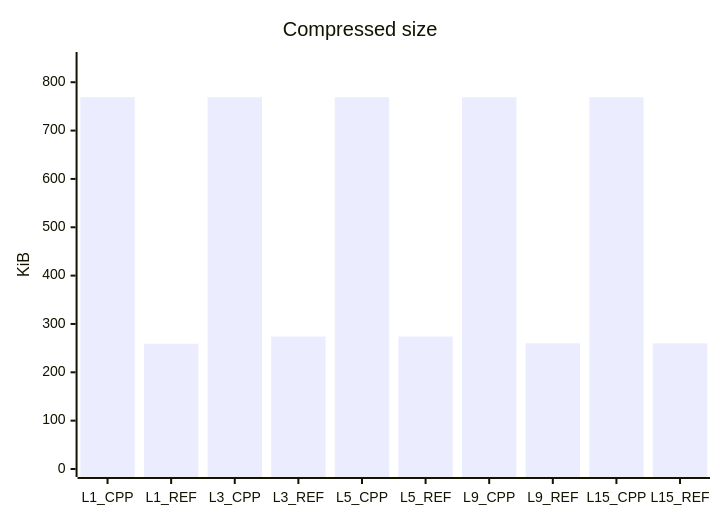
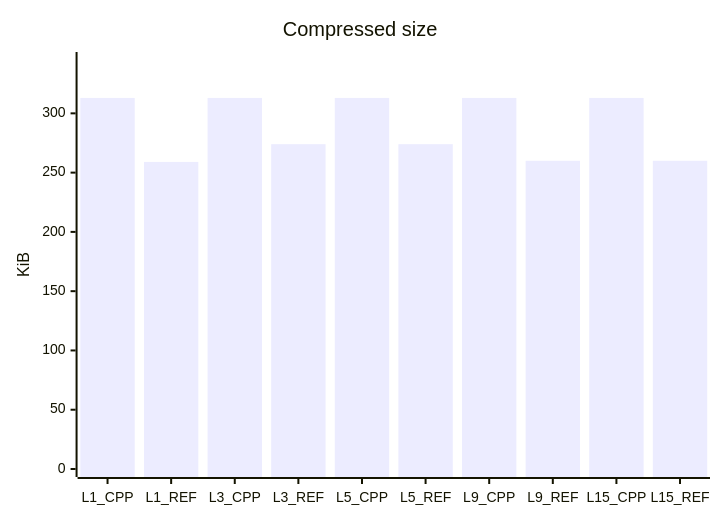
Before and after one commit to mheyman/zstdpp: the first of 7 diagrams in README.md, drawn with Mermaid. The commit also changed other lines of this file, not shown here.

````diff
--- a/README.md
+++ b/README.md
@@ -117,7 +126,7 @@
 ```mermaid
 xychart-beta
     title "Compressed size"
     x-axis [L1_CPP, L1_REF, L3_CPP, L3_REF, L5_CPP, L5_REF, L9_CPP, L9_REF, L15_CPP, L15_REF]
-    y-axis "KiB" 0 --> 846
-    bar [769, 259, 769, 274, 769, 274, 769, 260, 769, 260]
+    y-axis "KiB" 0 --> 345
+    bar [313, 259, 313, 274, 313, 274, 313, 260, 313, 260]
 ```
````
